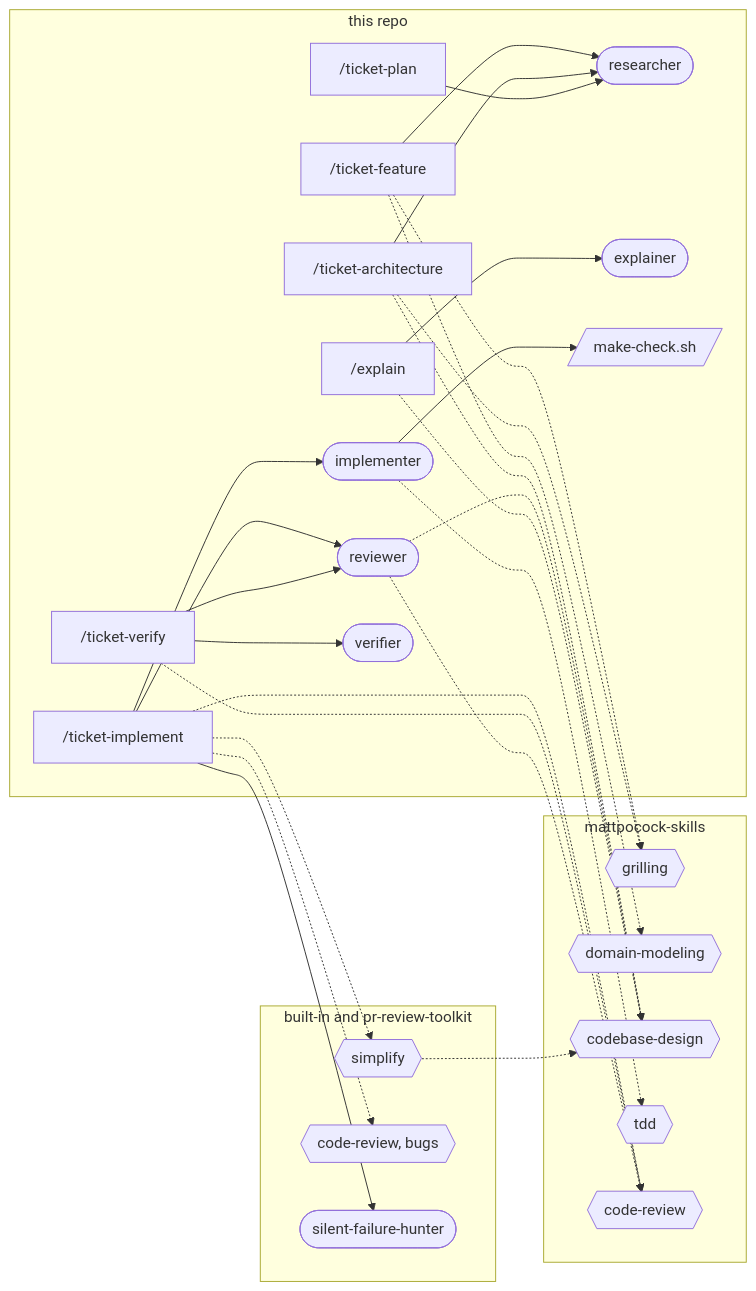
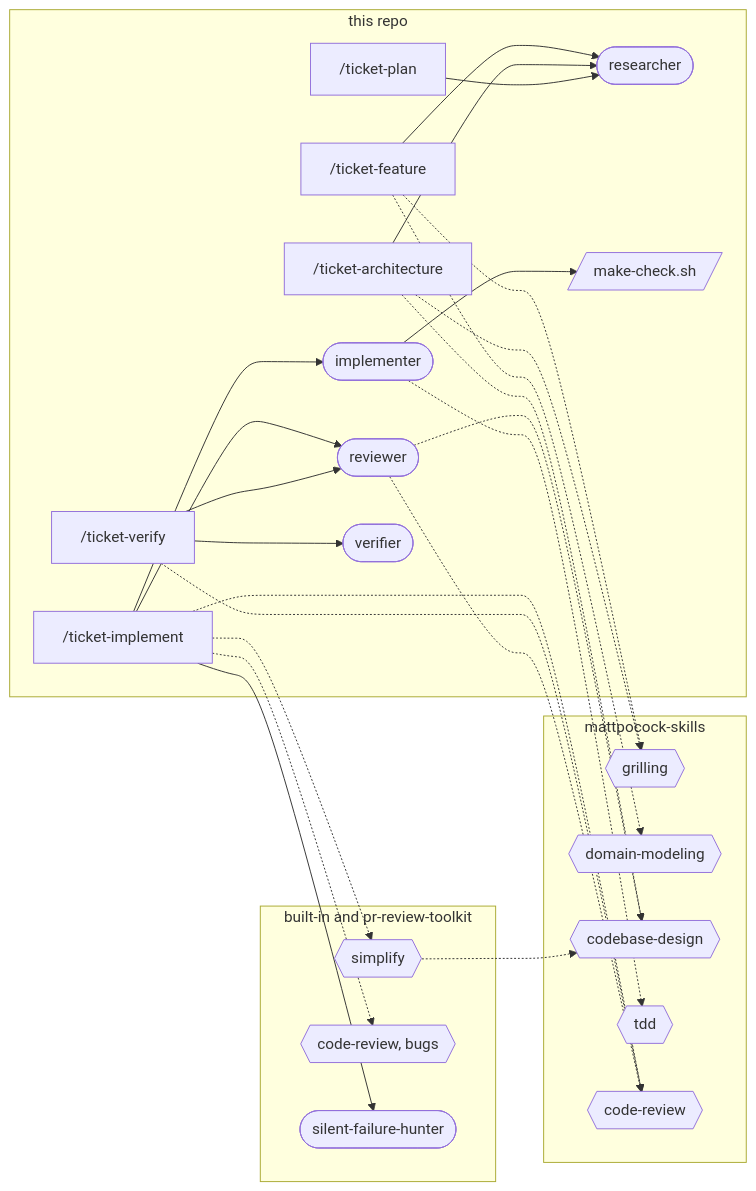
One commit to khotei/app-template changed the second of 3 diagrams in docs/knowledge/sdd.md. Above: the diagram before and after it, drawn with Mermaid. The commit also changed other lines of this file and 3 other files, not shown here.

First line of the commit message:
:fire: chore(tooling): Remove the explainer agent and /explain

````diff
--- a/docs/knowledge/sdd.md
+++ b/docs/knowledge/sdd.md
@@ -74,45 +72,41 @@
 ```mermaid
 graph LR
   subgraph ours [this repo]
     feature["/ticket-feature"]
     arch["/ticket-architecture"]
     plan["/ticket-plan"]
     impl["/ticket-implement"]
     verify["/ticket-verify"]
-    explain["/explain"]
     researcher([researcher])
     implementer([implementer])
     reviewer([reviewer])
     verifier([verifier])
-    explainer([explainer])
     hook[/make-check.sh/]
   end
   subgraph plugin [mattpocock-skills]
     grilling{{grilling}}
     modeling{{domain-modeling}}
     design{{codebase-design}}
     tdd{{tdd}}
     review{{code-review}}
   end
   subgraph builtin [built-in and pr-review-toolkit]
     simplify{{simplify}}
     bugs{{code-review, bugs}}
     hunter([silent-failure-hunter])
   end
   feature -.-> grilling & modeling
   feature --> researcher
   arch -.-> design & grilling
   arch --> researcher
   plan --> researcher
   impl --> implementer & reviewer
   impl -.-> review & simplify & bugs
   simplify -.-> design
   impl --> hunter
   implementer -.-> tdd
   implementer --> hook
   verify --> verifier & reviewer
   verify -.-> review
   reviewer -.-> review & design
-  explain --> explainer
-  explain -.-> design
 ```
````
